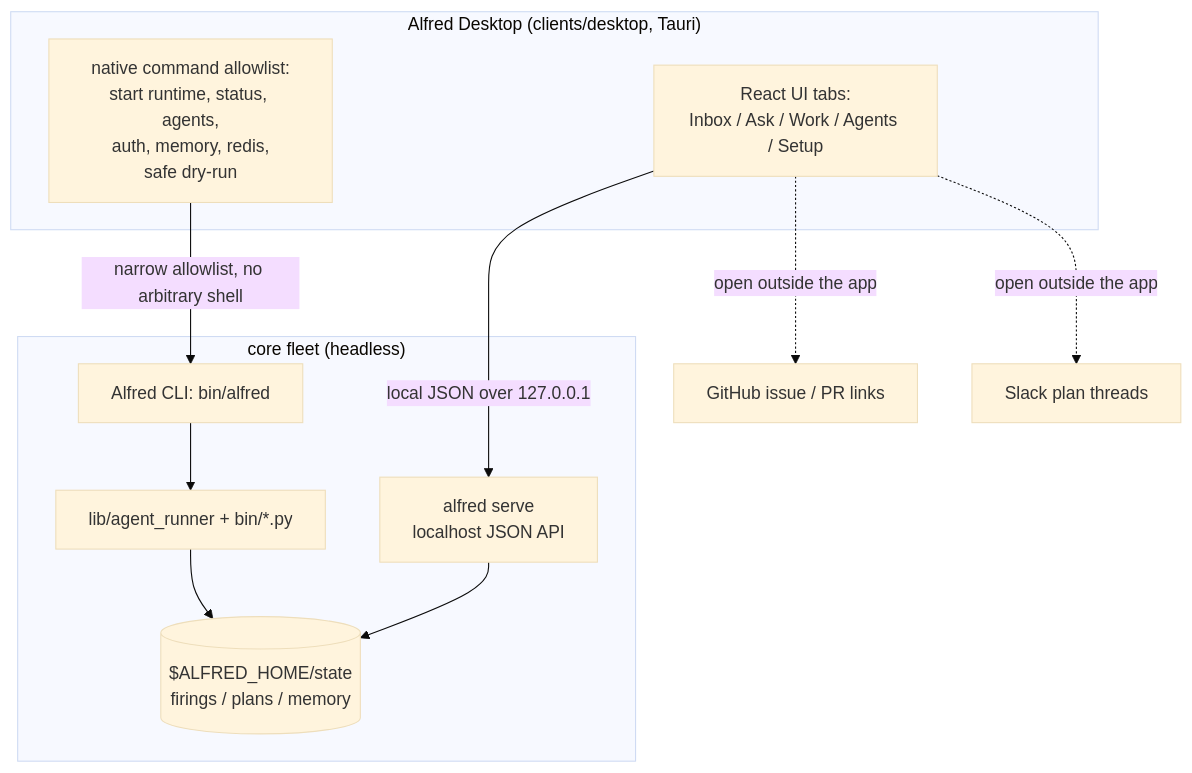
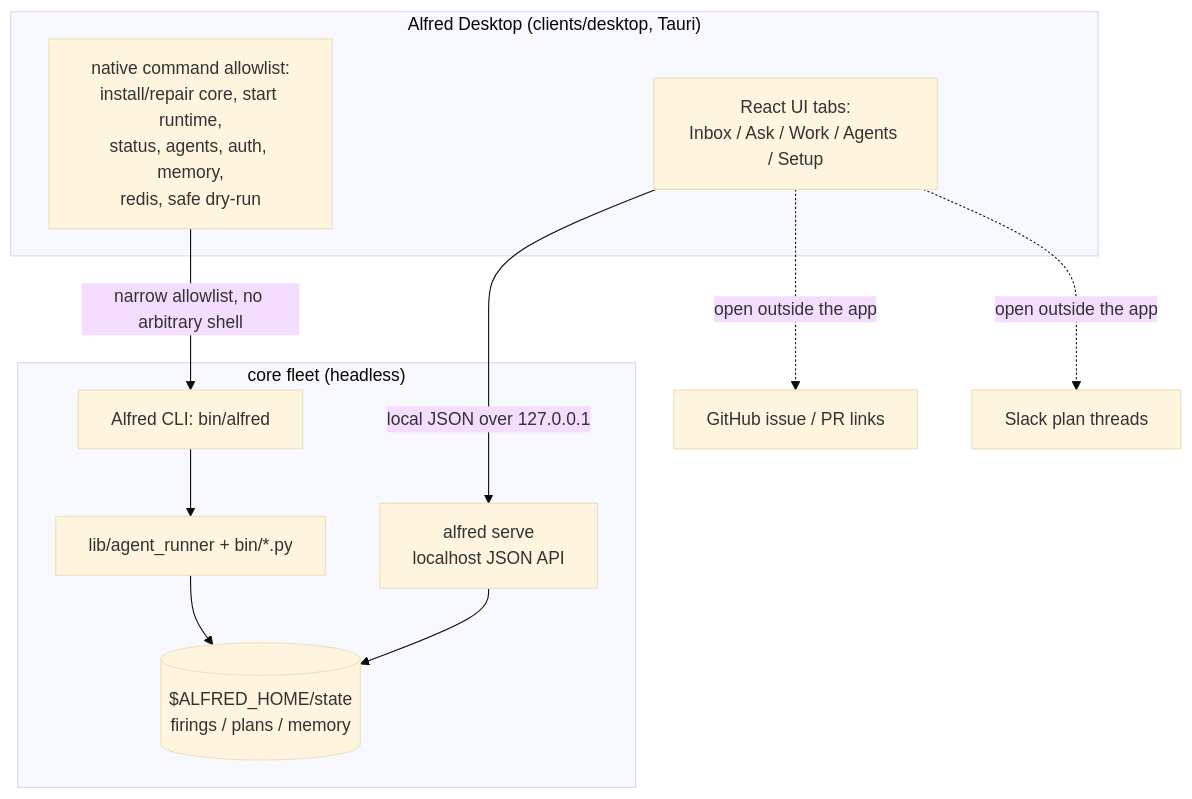
One commit to luminik-io/alfred-os changed the diagram in site/src/content/docs/concepts/desktop-client.md. Above: the diagram before and after it, drawn with Mermaid (base theme). The commit also changed other lines of this file and 35 other files, not shown here.

````diff
--- a/site/src/content/docs/concepts/desktop-client.md
+++ b/site/src/content/docs/concepts/desktop-client.md
@@ -22,25 +23,25 @@
 ```mermaid
 flowchart TB
     subgraph client["Alfred Desktop (clients/desktop, Tauri)"]
         ui["React UI tabs:<br/>Inbox / Ask / Work / Agents / Setup"]
-        native["native command allowlist:<br/>start runtime, status, agents,<br/>auth, memory, redis,<br/>safe dry-run"]
+        native["native command allowlist:<br/>install/repair core, start runtime,<br/>status, agents, auth, memory,<br/>redis, safe dry-run"]
     end
 
     subgraph core["core fleet (headless)"]
         serve["alfred serve<br/>localhost JSON API"]
         state[("$ALFRED_HOME/state<br/>firings / plans / memory")]
         cli["Alfred CLI: bin/alfred"]
         fleet["lib/agent_runner + bin/*.py"]
     end
 
     gh["GitHub issue / PR links"]
     slackthread["Slack plan threads"]
 
     ui -->|local JSON over 127.0.0.1| serve
     native -->|narrow allowlist, no arbitrary shell| cli
     serve --> state
     cli --> fleet
     fleet --> state
     ui -.->|open outside the app| gh
     ui -.->|open outside the app| slackthread
 ```
````
